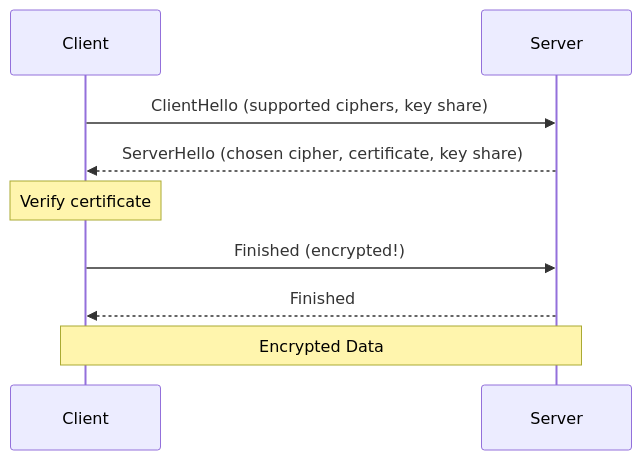
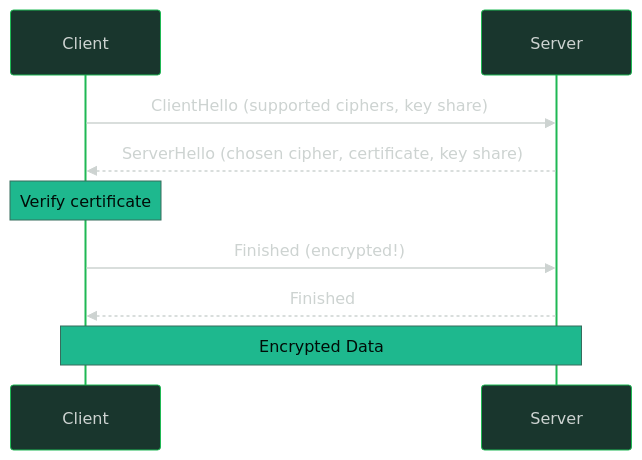
The diagram in computing-foundation-note/Computer Networks/02 Protocols/022 HTTP & HTTPS.md (oat431/swe-knowledge), drawn with Mermaid before and after one commit. The commit also changed other lines of this file and 139 other files, not shown here.

````diff
--- a/computing-foundation-note/Computer Networks/02 Protocols/022 HTTP & HTTPS.md
+++ b/computing-foundation-note/Computer Networks/02 Protocols/022 HTTP & HTTPS.md
@@ -74,11 +74,12 @@
 ```mermaid
+%%{init: {'theme':'base','themeVariables':{'actorBkg':'#19362D','actorBorder':'#1FB854','actorTextColor':'#CDD3D1','actorLineColor':'#1FB854','signalColor':'#CDD3D1','signalTextColor':'#CDD3D1','labelBoxBkgColor':'#161212','labelBoxBorderColor':'#1FB854','labelTextColor':'#CDD3D1','loopTextColor':'#CAC9C9','noteBkgColor':'#1EB88E','noteTextColor':'#000C07','activationBkgColor':'#1EB88E','activationBorderColor':'#1FB8AB','sequenceNumberColor':'#000000','background':'#1B1717','titleColor':'#1FB854','edgeLabelBackground':'#161212','fontSize':'14px'}}}%%
 sequenceDiagram
     participant C as Client
     participant S as Server
     C->>S: ClientHello (supported ciphers, key share)
     S-->>C: ServerHello (chosen cipher, certificate, key share)
     Note over C: Verify certificate
     C->>S: Finished (encrypted!)
     S-->>C: Finished
     Note over C,S: Encrypted Data
 ```
````
